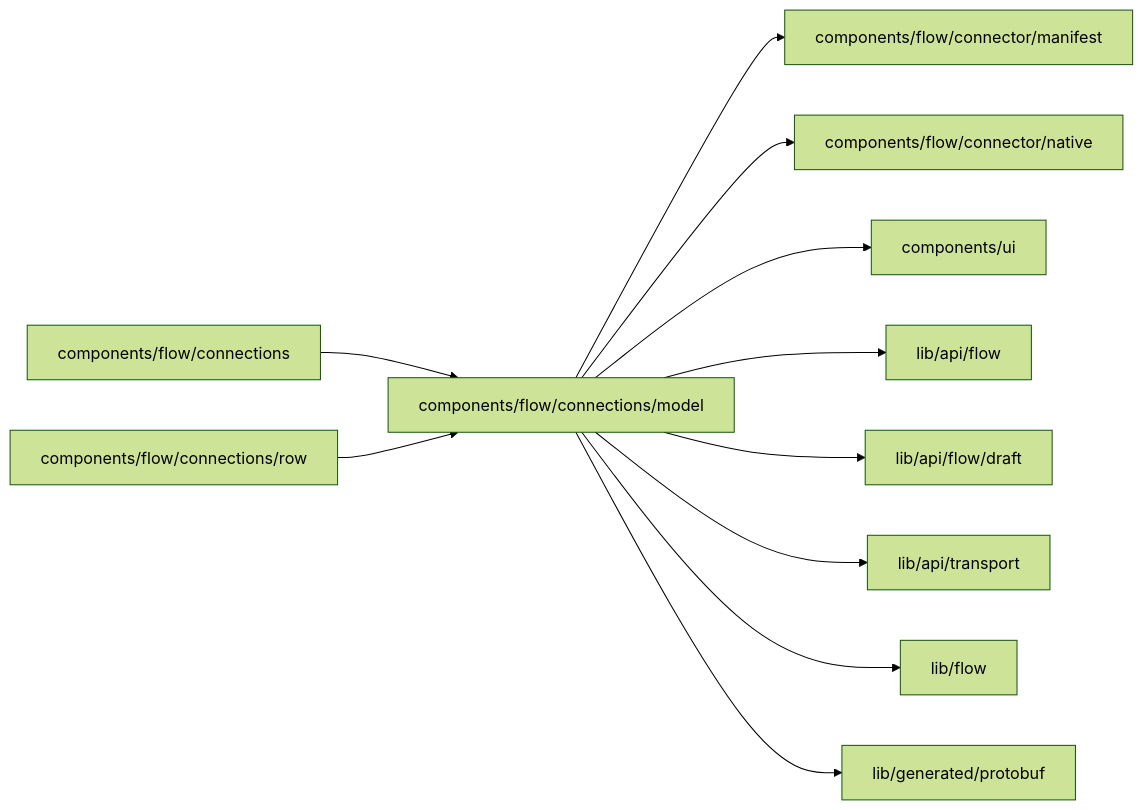
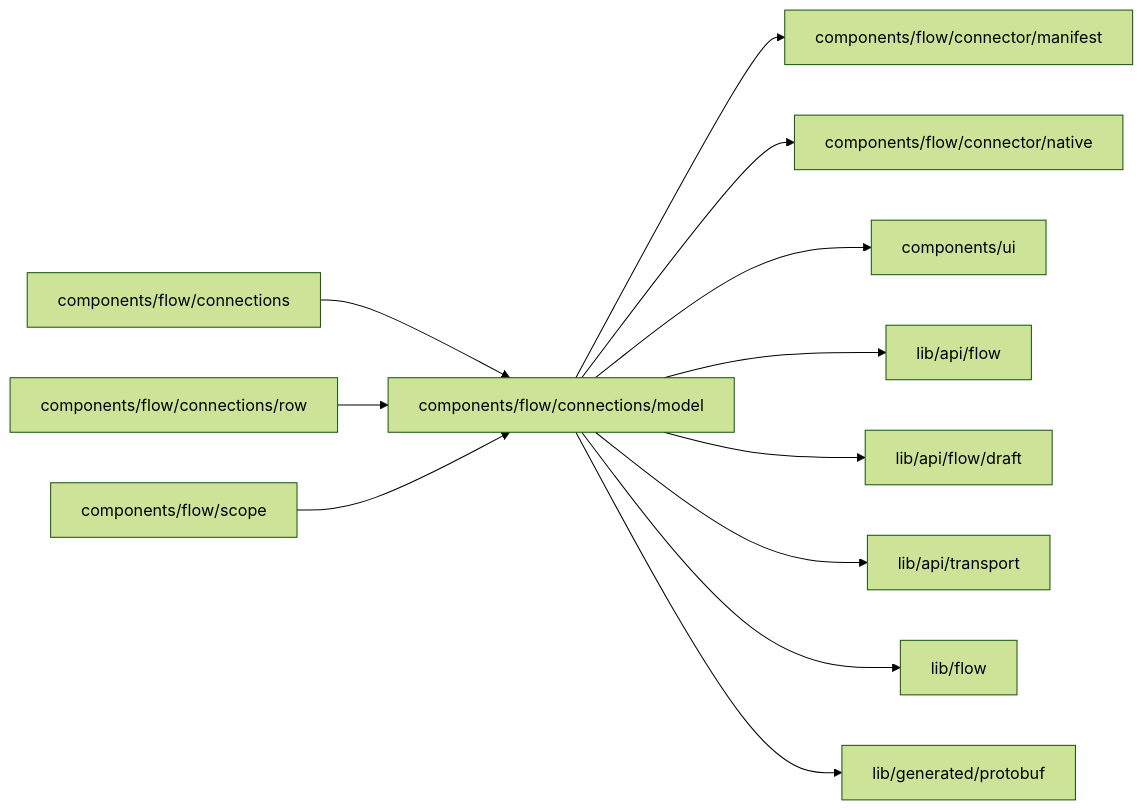
Before and after one commit to superdurable/superverse: the diagram in web/studio/components/flow/connections/model/README.md, drawn with Mermaid (forest theme). The commit also changed other lines of this file and 47 other files, not shown here.

````diff
--- a/web/studio/components/flow/connections/model/README.md
+++ b/web/studio/components/flow/connections/model/README.md
@@ -10,14 +10,15 @@
 ```mermaid
 flowchart LR
   self["components/flow/connections/model"]
   c0["components/flow/connections"] --> self
   c1["components/flow/connections/row"] --> self
+  c2["components/flow/scope"] --> self
   self --> d0["components/flow/connector/manifest"]
   self --> d1["components/flow/connector/native"]
   self --> d2["components/ui"]
   self --> d3["lib/api/flow"]
   self --> d4["lib/api/flow/draft"]
   self --> d5["lib/api/transport"]
   self --> d6["lib/flow"]
   self --> d7["lib/generated/protobuf"]
 ```
````
